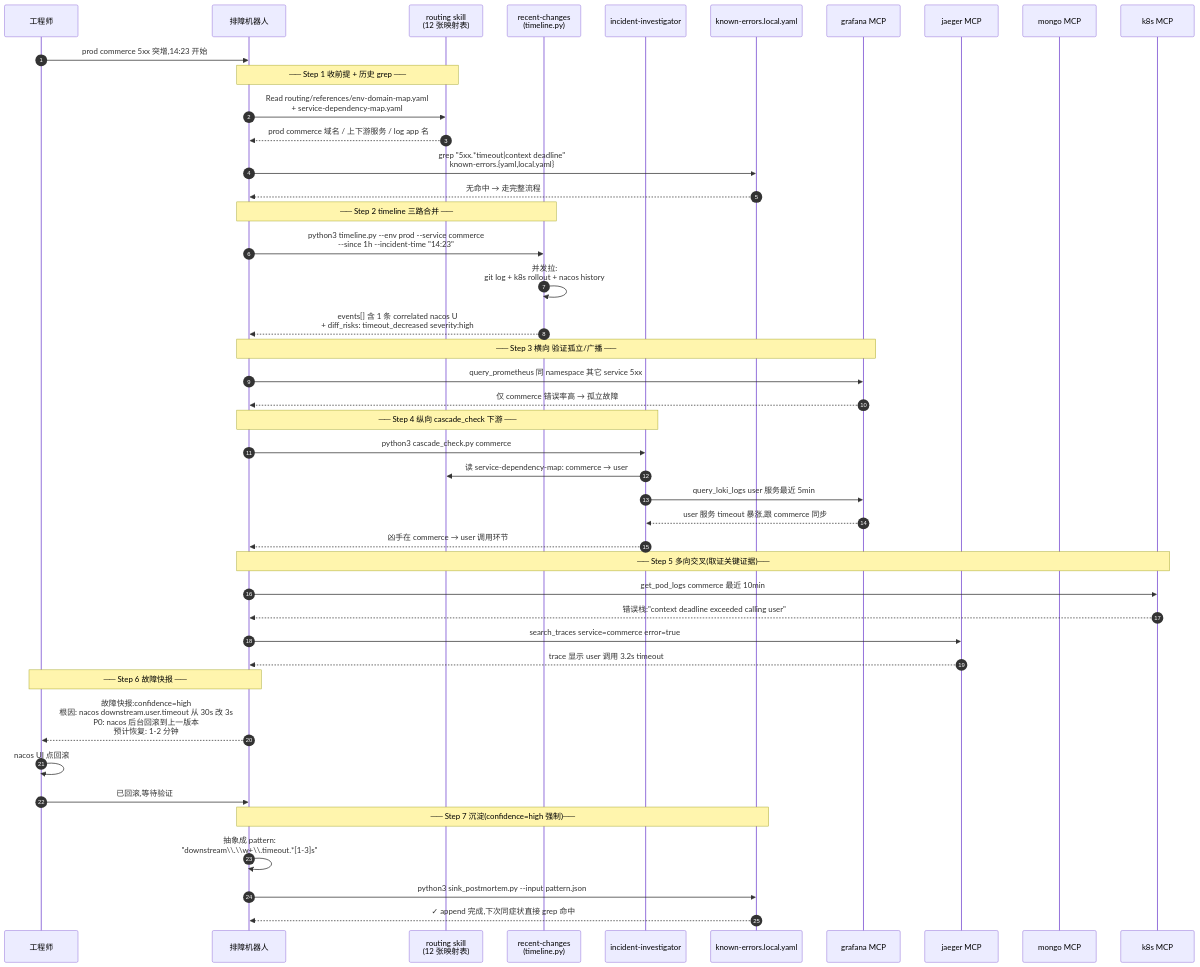
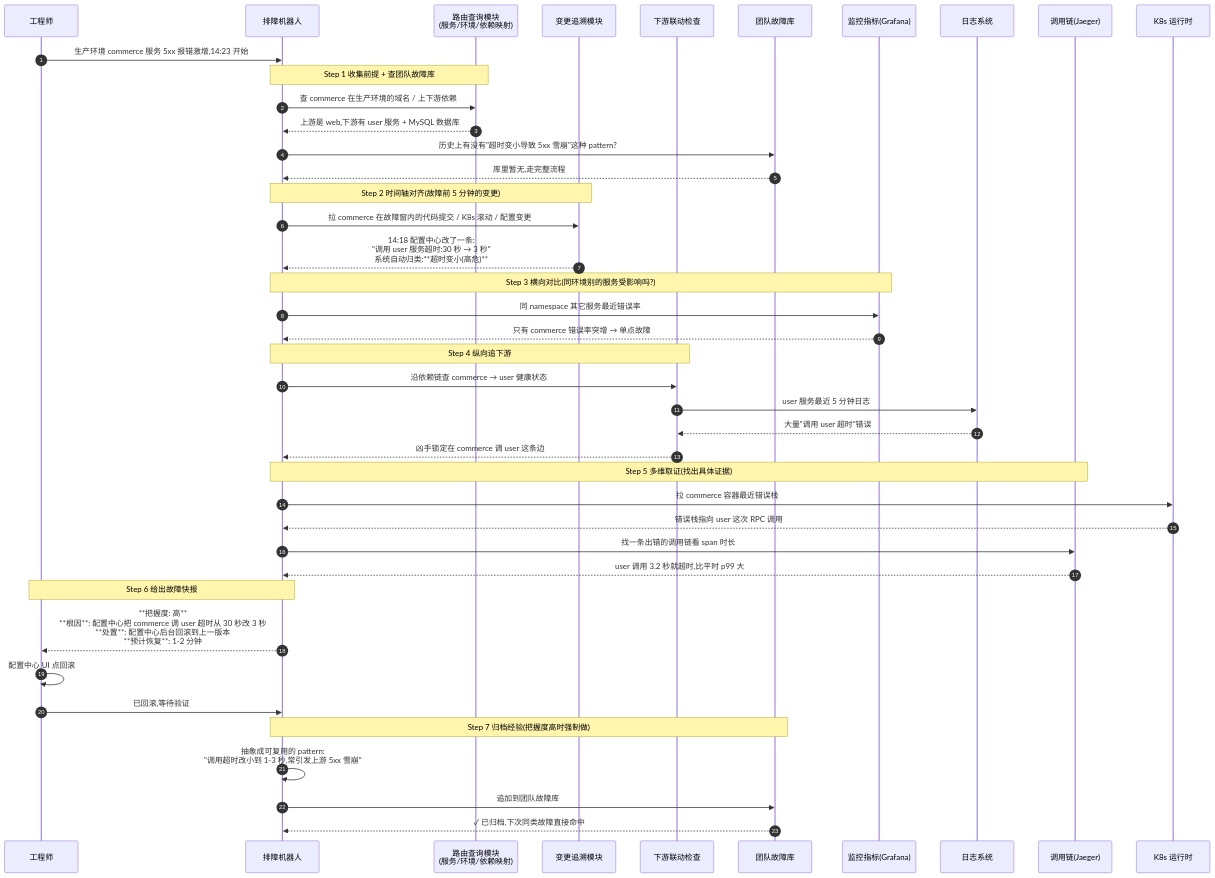
One commit to 452562082/troubleshooter-studio changed the third of 3 diagrams in docs/agent-application.md. Above: the diagram before and after it, drawn with Mermaid. The commit also changed other lines of this file, not shown here.

First line of the commit message:
申报材料流程图换"评审看得懂"的中文术语,去掉文件名/脚本名 jargon

````diff
--- a/docs/agent-application.md
+++ b/docs/agent-application.md
@@ -136,54 +146,52 @@
 ```mermaid
 sequenceDiagram
     autonumber
     participant Eng as 工程师
     participant Bot as 排障机器人
-    participant Route as routing skill<br/>(12 张映射表)
-    participant RC as recent-changes<br/>(timeline.py)
-    participant II as incident-investigator
-    participant K as known-errors.local.yaml
-    participant MCPg as grafana MCP
-    participant MCPj as jaeger MCP
-    participant MCPm as mongo MCP
-    participant K8s as k8s MCP
+    participant Route as 路由查询模块<br/>(服务/环境/依赖映射)
+    participant Time as 变更追溯模块
+    participant Cascade as 下游联动检查
+    participant KB as 团队故障库
+    participant Graf as 监控指标(Grafana)
+    participant Log as 日志系统
+    participant Jaeg as 调用链(Jaeger)
+    participant K8s as K8s 运行时
 
-    Eng->>Bot: prod commerce 5xx 突增,14:23 开始
+    Eng->>Bot: 生产环境 commerce 服务 5xx 报错激增,14:23 开始
 
-    Note over Bot,Route: ── Step 1 收前提 + 历史 grep ──
-    Bot->>Route: Read routing/references/env-domain-map.yaml<br/>+ service-dependency-map.yaml
-    Route-->>Bot: prod commerce 域名 / 上下游服务 / log app 名
-    Bot->>K: grep "5xx.*timeout|context deadline"<br/>known-errors.{yaml,local.yaml}
-    K-->>Bot: 无命中 → 走完整流程
+    Note over Bot,Route: Step 1 收集前提 + 查团队故障库
+    Bot->>Route: 查 commerce 在生产环境的域名 / 上下游依赖
+    Route-->>Bot: 上游是 web,下游有 user 服务 + MySQL 数据库
+    Bot->>KB: 历史上有没有"超时变小导致 5xx 雪崩"这种 pattern?
+    KB-->>Bot: 库里暂无,走完整流程
 
-    Note over Bot,RC: ── Step 2 timeline 三路合并 ──
-    Bot->>RC: python3 timeline.py --env prod --service commerce<br/>--since 1h --incident-time "14:23"
-    RC->>RC: 并发拉:<br/>git log + k8s rollout + nacos history
-    RC-->>Bot: events[] 含 1 条 correlated nacos U<br/>+ diff_risks: timeout_decreased severity:high
+    Note over Bot,Time: Step 2 时间轴对齐(故障前 5 分钟的变更)
+    Bot->>Time: 拉 commerce 在故障窗内的代码提交 / K8s 滚动 / 配置变更
+    Time-->>Bot: 14:18 配置中心改了一条:<br/>"调用 user 服务超时:30 秒 → 3 秒"<br/>系统自动归类:**超时变小(高危)**
 
-    Note over Bot,MCPg: ── Step 3 横向 验证孤立/广播 ──
-    Bot->>MCPg: query_prometheus 同 namespace 其它 service 5xx
-    MCPg-->>Bot: 仅 commerce 错误率高 → 孤立故障
+    Note over Bot,Graf: Step 3 横向对比(同环境别的服务受影响吗?)
+    Bot->>Graf: 同 namespace 其它服务最近错误率
+    Graf-->>Bot: 只有 commerce 错误率突增 → 单点故障
 
-    Note over Bot,II: ── Step 4 纵向 cascade_check 下游 ──
-    Bot->>II: python3 cascade_check.py commerce
-    II->>Route: 读 service-dependency-map: commerce → user
-    II->>MCPg: query_loki_logs user 服务最近 5min
-    MCPg-->>II: user 服务 timeout 暴涨,跟 commerce 同步
-    II-->>Bot: 凶手在 commerce → user 调用环节
+    Note over Bot,Cascade: Step 4 纵向追下游
+    Bot->>Cascade: 沿依赖链查 commerce → user 健康状态
+    Cascade->>Log: user 服务最近 5 分钟日志
+    Log-->>Cascade: 大量"调用 user 超时"错误
+    Cascade-->>Bot: 凶手锁定在 commerce 调 user 这条边
 
-    Note over Bot,K8s: ── Step 5 多向交叉(取证关键证据)──
-    Bot->>K8s: get_pod_logs commerce 最近 10min
-    K8s-->>Bot: 错误栈:"context deadline exceeded calling user"
-    Bot->>MCPj: search_traces service=commerce error=true
-    MCPj-->>Bot: trace 显示 user 调用 3.2s timeout
+    Note over Bot,Jaeg: Step 5 多维取证(找出具体证据)
+    Bot->>K8s: 拉 commerce 容器最近错误栈
+    K8s-->>Bot: 错误栈指向 user 这次 RPC 调用
+    Bot->>Jaeg: 找一条出错的调用链看 span 时长
+    Jaeg-->>Bot: user 调用 3.2 秒就超时,比平时 p99 大
 
-    Note over Bot,Eng: ── Step 6 故障快报 ──
-    Bot-->>Eng: 故障快报:confidence=high<br/>根因: nacos downstream.user.timeout 从 30s 改 3s<br/>P0: nacos 后台回滚到上一版本<br/>预计恢复: 1-2 分钟
-    Eng->>Eng: nacos UI 点回滚
+    Note over Bot,Eng: Step 6 给出故障快报
+    Bot-->>Eng: **把握度: 高**<br/>**根因**: 配置中心把 commerce 调 user 超时从 30 秒改 3 秒<br/>**处置**: 配置中心后台回滚到上一版本<br/>**预计恢复**: 1-2 分钟
+    Eng->>Eng: 配置中心 UI 点回滚
     Eng->>Bot: 已回滚,等待验证
 
-    Note over Bot,K: ── Step 7 沉淀(confidence=high 强制)──
-    Bot->>Bot: 抽象成 pattern:<br/>"downstream\\.\\w+\\.timeout.*[1-3]s"
-    Bot->>K: python3 sink_postmortem.py --input pattern.json
-    K-->>Bot: ✓ append 完成,下次同症状直接 grep 命中
+    Note over Bot,KB: Step 7 归档经验(把握度高时强制做)
+    Bot->>Bot: 抽象成可复用的 pattern:<br/>"调用超时改小到 1-3 秒,常引发上游 5xx 雪崩"
+    Bot->>KB: 追加到团队故障库
+    KB-->>Bot: ✓ 已归档,下次同类故障直接命中
 ```
````
